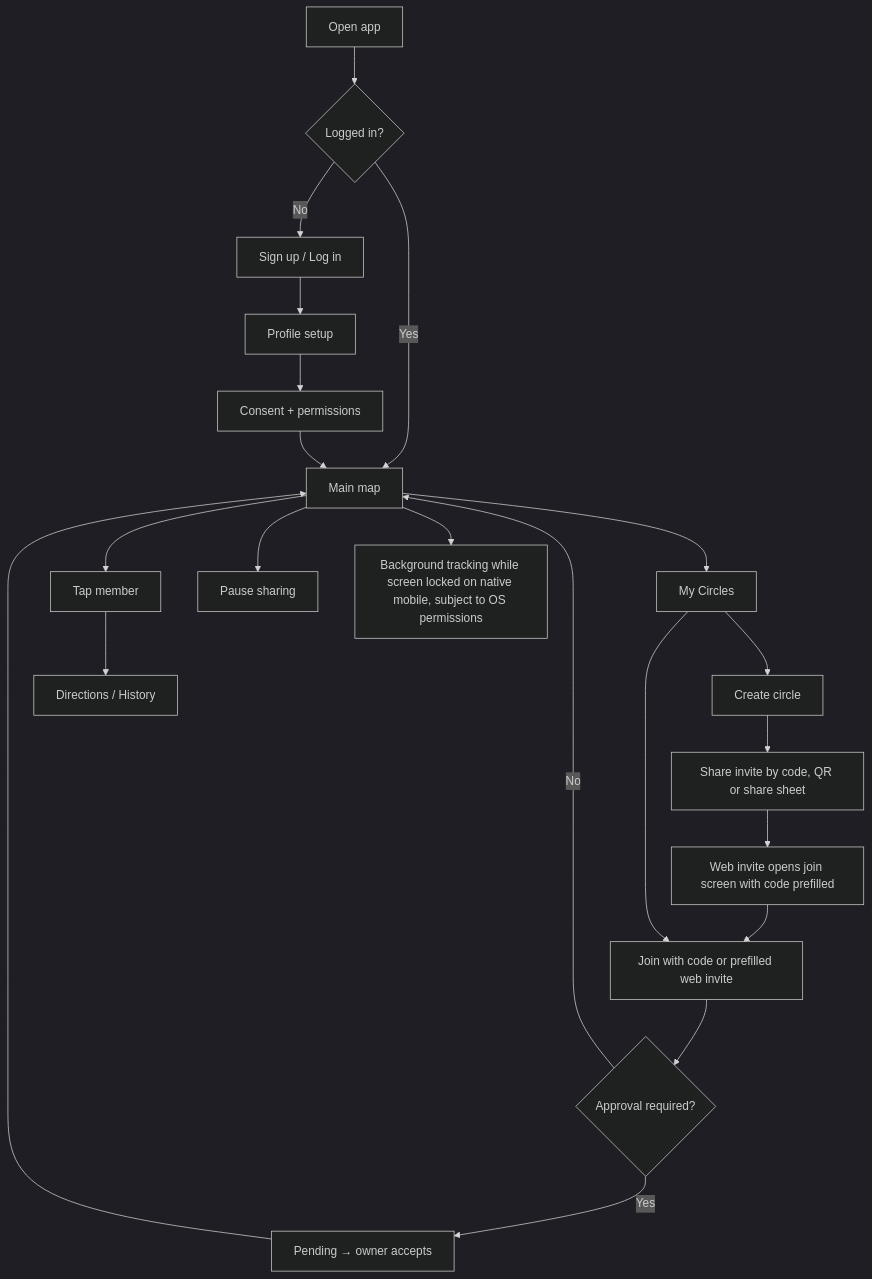
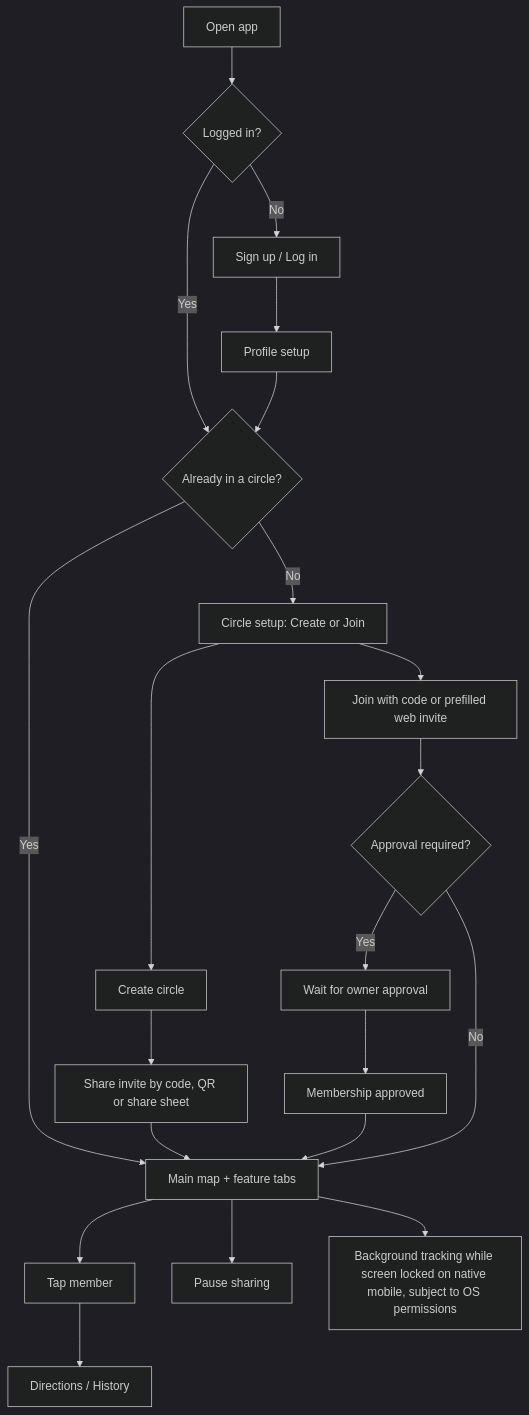
One commit to muhammadnaumantahir/Circlo changed the first of 3 diagrams in docs/user-flows.md. Above: the diagram before and after it, drawn with Mermaid (dark theme). The commit also changed 8 other files, not shown here.

First line of the commit message:
Use circle-first onboarding instead of repeated Retry tabs (#54)

````diff
--- a/docs/user-flows.md
+++ b/docs/user-flows.md
@@ -3,16 +3,17 @@
 ```mermaid
 flowchart TD
   A[Open app] --> B{Logged in?}
-  B -- No --> C[Sign up / Log in] --> D[Profile setup] --> E[Consent + permissions]
-  B -- Yes --> F[Main map]
-  E --> F
-  F --> G[My Circles]
-  G --> H[Create circle] --> I[Share invite by code, QR or share sheet]
-  I --> I2[Web invite opens join screen with code prefilled] --> J
-  G --> J[Join with code or prefilled web invite] --> K{Approval required?}
-  K -- Yes --> L[Pending → owner accepts] --> F
-  K -- No --> F
-  F --> M[Tap member] --> N[Directions / History]
-  F --> O[Pause sharing] 
-  F --> P[Background tracking while screen locked on native mobile, subject to OS permissions]
+  B -- No --> C[Sign up / Log in] --> D[Profile setup]
+  B -- Yes --> E{Already in a circle?}
+  D --> E
+  E -- No --> F[Circle setup: Create or Join]
+  E -- Yes --> M[Main map + feature tabs]
+  F --> G[Create circle] --> H[Share invite by code, QR or share sheet] --> M
+  F --> I[Join with code or prefilled web invite] --> J{Approval required?}
+  J -- Yes --> K[Wait for owner approval]
+  K --> L[Membership approved] --> M
+  J -- No --> M
+  M --> N[Tap member] --> O[Directions / History]
+  M --> P[Pause sharing]
+  M --> Q[Background tracking while screen locked on native mobile, subject to OS permissions]
 ```
````
